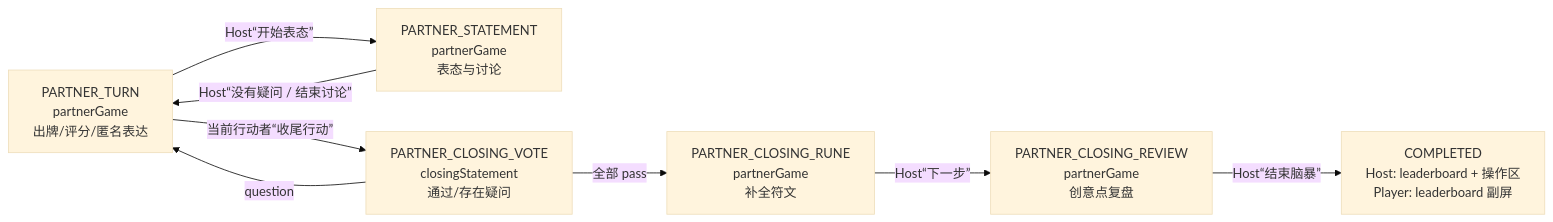
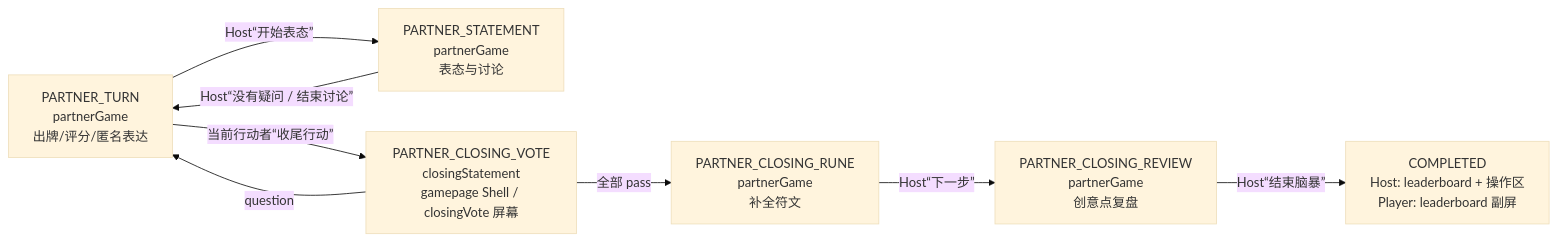
Before and after one commit to Bubble-419/cardboard-miniprogram: the tenth of 19 diagrams in docs/ROOM_BUSINESS_FLOWS.md, drawn with Mermaid (base theme). The commit also changed other lines of this file and 45 other files, not shown here.

Commit message:
refactor: stabilize partner room shell

````diff
--- a/docs/ROOM_BUSINESS_FLOWS.md
+++ b/docs/ROOM_BUSINESS_FLOWS.md
@@ -340,17 +349,17 @@
 ```mermaid
 flowchart LR
   TURN[PARTNER_TURN<br/>partnerGame<br/>出牌/评分/匿名表达]
   STATEMENT[PARTNER_STATEMENT<br/>partnerGame<br/>表态与讨论]
-  VOTE[PARTNER_CLOSING_VOTE<br/>closingStatement<br/>通过/存在疑问]
+  VOTE[PARTNER_CLOSING_VOTE<br/>closingStatement<br/>gamepage Shell / closingVote 屏幕]
   RUNE[PARTNER_CLOSING_RUNE<br/>partnerGame<br/>补全符文]
   REVIEW[PARTNER_CLOSING_REVIEW<br/>partnerGame<br/>创意点复盘]
   BOARD[COMPLETED<br/>Host: leaderboard + 操作区<br/>Player: leaderboard 副屏]
 
   TURN -->|Host“开始表态”| STATEMENT
   STATEMENT -->|Host“没有疑问 / 结束讨论”| TURN
   TURN -->|当前行动者“收尾行动”| VOTE
   VOTE -->|question| TURN
   VOTE -->|全部 pass| RUNE
   RUNE -->|Host“下一步”| REVIEW
   REVIEW -->|Host“结束脑暴”| BOARD
 ```
````
